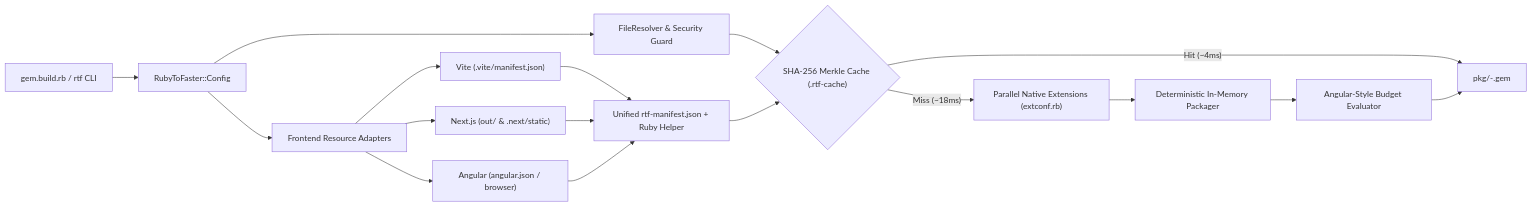
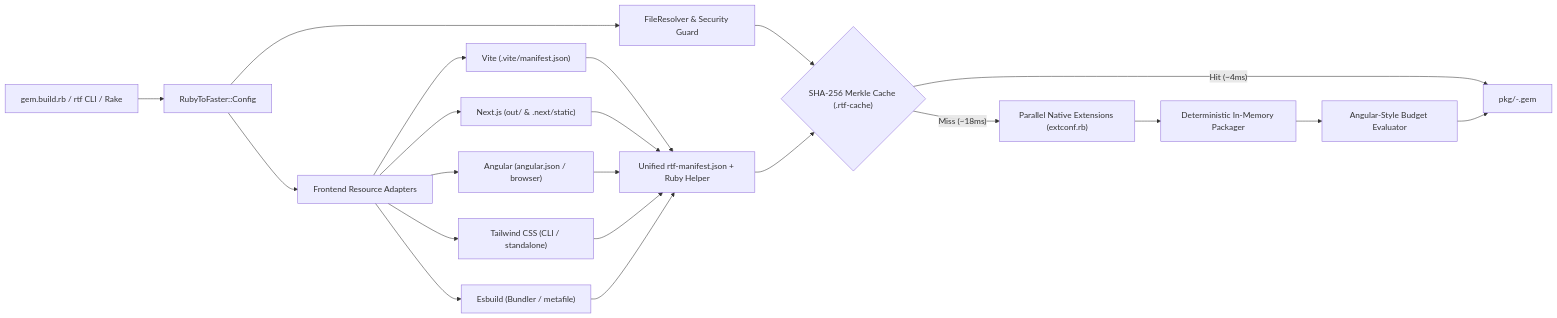
One commit to ChiefVenzox/rubytofaster changed the diagram in README.md. Above: the diagram before and after it, drawn with Mermaid. The commit also changed other lines of this file and 20 other files, not shown here.

Commit message:
feat: release v0.2.0 - add CLI commands (install, diff, check, bench), Tailwind & Esbuild adapters, and RakeTask integration

````diff
--- a/README.md
+++ b/README.md
@@ -32,16 +32,18 @@
 ```mermaid
 flowchart LR
-    Script["gem.build.rb / rtf CLI"] --> Config["RubyToFaster::Config"]
+    Script["gem.build.rb / rtf CLI / Rake"] --> Config["RubyToFaster::Config"]
     Config --> Resolver["FileResolver & Security Guard"]
     Config --> Adapters["Frontend Resource Adapters"]
     Adapters --> Vite["Vite (.vite/manifest.json)"]
     Adapters --> Next["Next.js (out/ & .next/static)"]
     Adapters --> Angular["Angular (angular.json / browser)"]
-    Vite & Next & Angular --> Manifest["Unified rtf-manifest.json + Ruby Helper"]
+    Adapters --> Tailwind["Tailwind CSS (CLI / standalone)"]
+    Adapters --> Esbuild["Esbuild (Bundler / metafile)"]
+    Vite & Next & Angular & Tailwind & Esbuild --> Manifest["Unified rtf-manifest.json + Ruby Helper"]
     Resolver & Manifest --> Cache{"SHA-256 Merkle Cache (.rtf-cache)"}
     Cache -- "Hit (~4ms)" --> Out["pkg/<name>-<version>.gem"]
     Cache -- "Miss (~18ms)" --> Ext["Parallel Native Extensions (extconf.rb)"]
     Ext --> Packager["Deterministic In-Memory Packager"]
     Packager --> Budget["Angular-Style Budget Evaluator"]
     Budget --> Out
 ```
````
